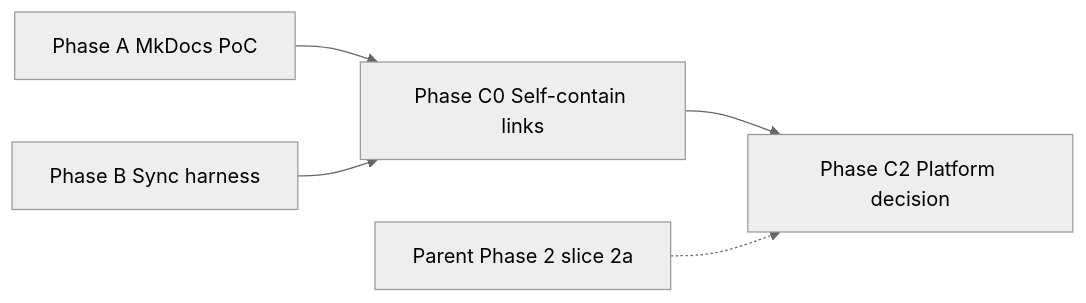
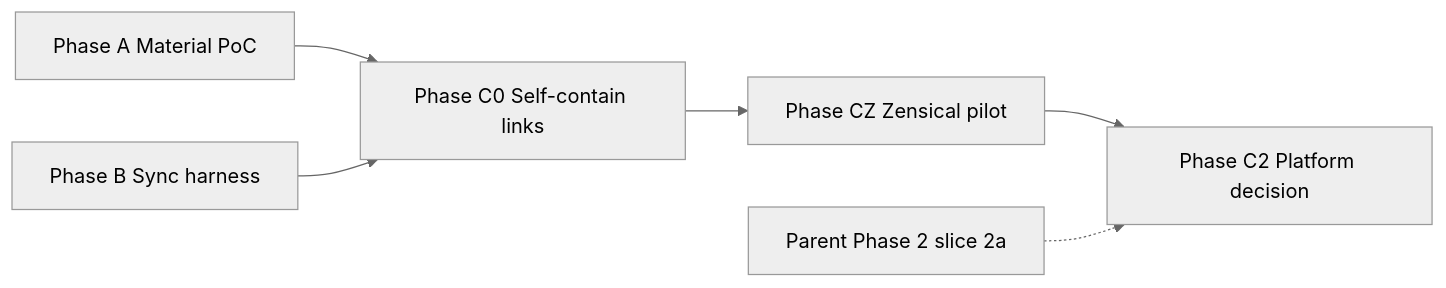
Before and after one commit to kgrizz-git/DICOMViewerV3: the diagram in dev-docs/plans/supporting/USER_DOCS_PLATFORM_AND_SYNC_HARNESS_PLAN.md, drawn with Mermaid (neutral theme). The commit also changed other lines of this file and 7 other files, not shown here.

First line of the commit message:
Reject MkDocs Material adoption; prefer Zensical for docs platform.

````diff
--- a/dev-docs/plans/supporting/USER_DOCS_PLATFORM_AND_SYNC_HARNESS_PLAN.md
+++ b/dev-docs/plans/supporting/USER_DOCS_PLATFORM_AND_SYNC_HARNESS_PLAN.md
@@ -323,7 +369,8 @@
 ```mermaid
 flowchart LR
-  A[Phase A MkDocs PoC] --> C0[Phase C0 Self-contain links]
+  A[Phase A Material PoC] --> C0[Phase C0 Self-contain links]
   B[Phase B Sync harness] --> C0
-  C0 --> C2[Phase C2 Platform decision]
+  C0 --> CZ[Phase CZ Zensical pilot]
+  CZ --> C2[Phase C2 Platform decision]
   P[Parent Phase 2 slice 2a] -.-> C2
 ```
````
